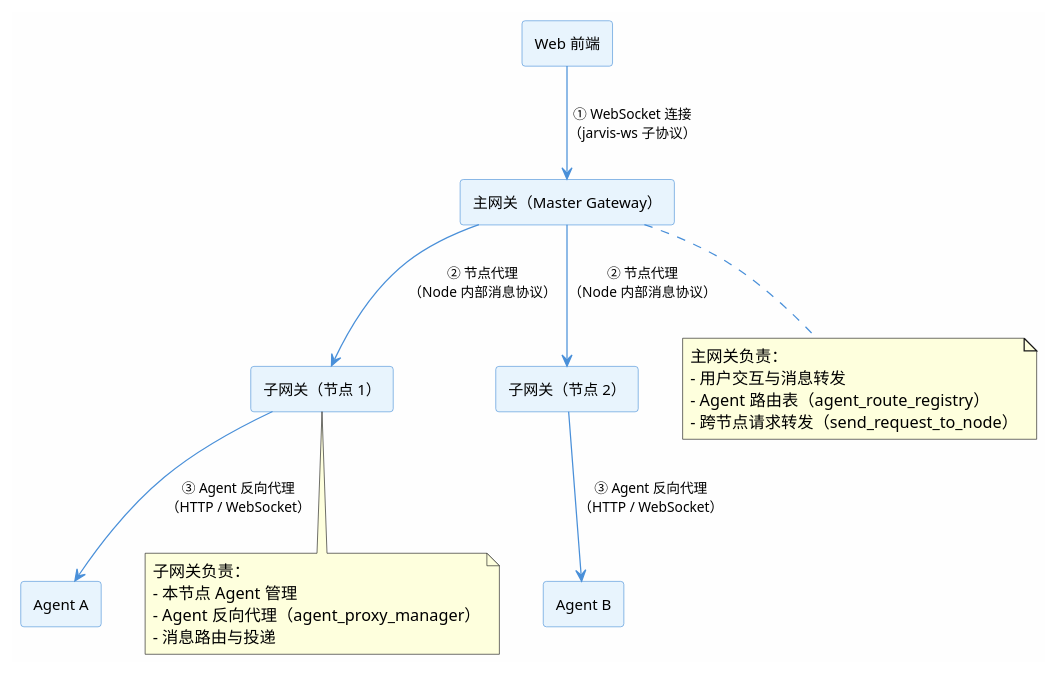
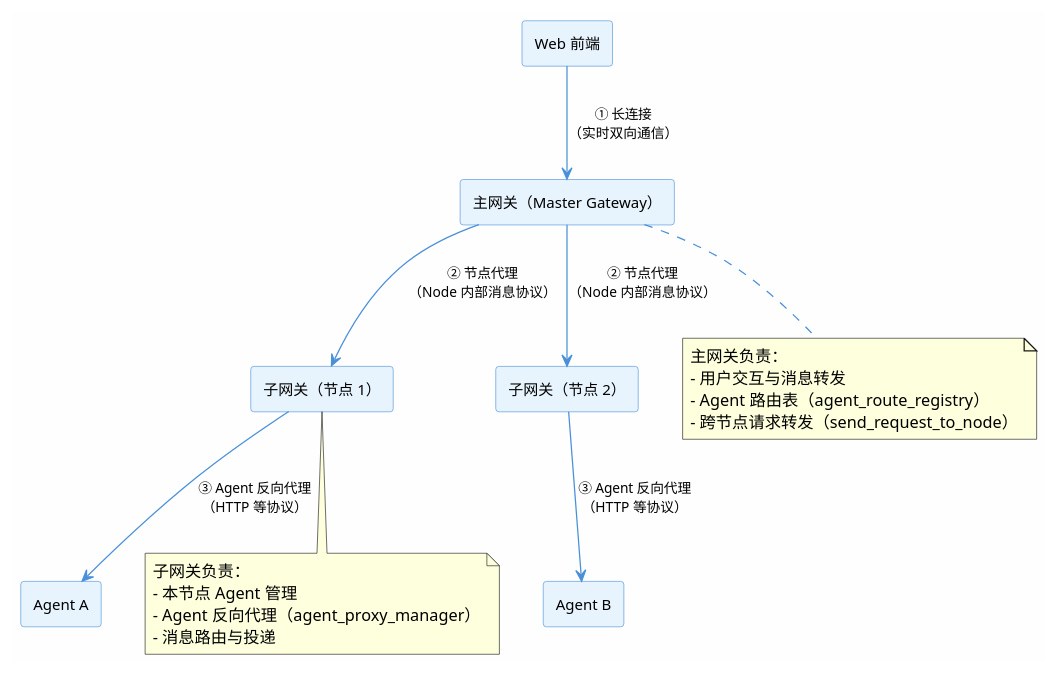
Before and after one commit to skyfireitdiy/Jarvis: the second of 3 diagrams in docs/competition/collaboration_modes.md, drawn with PlantUML. The commit also changed other lines of this file and 1 other file, not shown here.

First line of the commit message:
[Jarvis Code Agent提交] docs(competition): 重构协作模式文档并补充运行截图

````diff
--- a/docs/competition/collaboration_modes.md
+++ b/docs/competition/collaboration_modes.md
@@ -587,42 +630,42 @@
 ```plantuml
 @startuml
 skinparam componentStyle rectangle
 skinparam backgroundColor #FEFEFE
 skinparam component {
   BackgroundColor #E8F4FD
   BorderColor #4A90D9
   FontSize 12
 }
 skinparam arrow {
   Color #4A90D9
   FontSize 11
 }
 
 component "Web 前端" as web
 component "主网关（Master Gateway）" as master
 component "子网关（节点 1）" as gw1
 component "子网关（节点 2）" as gw2
 component "Agent A" as agentA
 component "Agent B" as agentB
 
-web -down-> master : ① WebSocket 连接\n（jarvis-ws 子协议）
+web -down-> master : ① 长连接\n（实时双向通信）
 master -down-> gw1 : ② 节点代理\n（Node 内部消息协议）
 master -down-> gw2 : ② 节点代理\n（Node 内部消息协议）
-gw1 -down-> agentA : ③ Agent 反向代理\n（HTTP / WebSocket）
-gw2 -down-> agentB : ③ Agent 反向代理\n（HTTP / WebSocket）
+gw1 -down-> agentA : ③ Agent 反向代理\n（HTTP 等协议）
+gw2 -down-> agentB : ③ Agent 反向代理\n（HTTP 等协议）
 
 note bottom of master
   主网关负责：
   - 用户交互与消息转发
   - Agent 路由表（agent_route_registry）
   - 跨节点请求转发（send_request_to_node）
 end note
 
 note bottom of gw1
   子网关负责：
   - 本节点 Agent 管理
   - Agent 反向代理（agent_proxy_manager）
   - 消息路由与投递
 end note
 @enduml
 ```
````
